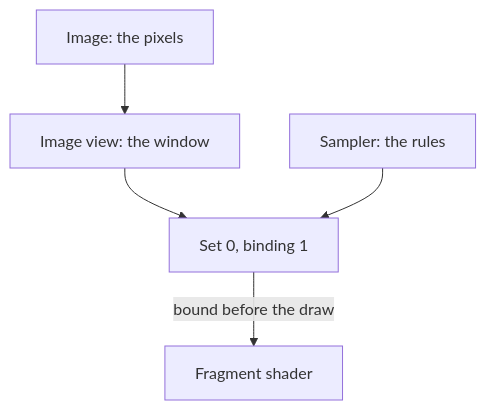
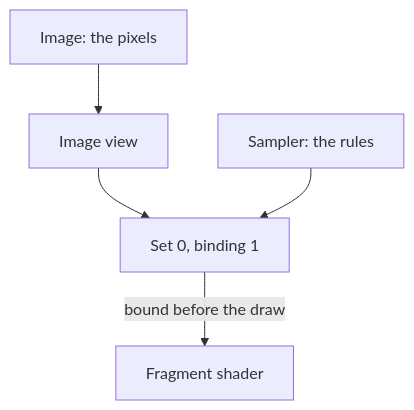
Before and after one commit to datoviz/datoviz: the diagram in docs/gpu-graphics/14-texture-sampling.md, drawn with Mermaid. The commit also changed other lines of this file and 17 other files, not shown here.

````diff
--- a/docs/gpu-graphics/14-texture-sampling.md
+++ b/docs/gpu-graphics/14-texture-sampling.md
@@ -30,7 +34,9 @@
 ```mermaid
 flowchart TD
-    I[Image: the pixels] --> V[Image view: the window]
+    accTitle: The objects behind one texture
+    accDescr: The image holds the pixels and feeds an image view. The image view and a sampler both fill descriptor set 0, binding 1, which is bound before the draw and read by the fragment shader.
+    I[Image: the pixels] --> V[Image view]
     V --> D[Set 0, binding 1]
     S[Sampler: the rules] --> D
     D -->|bound before the draw| F[Fragment shader]
 ```
````
